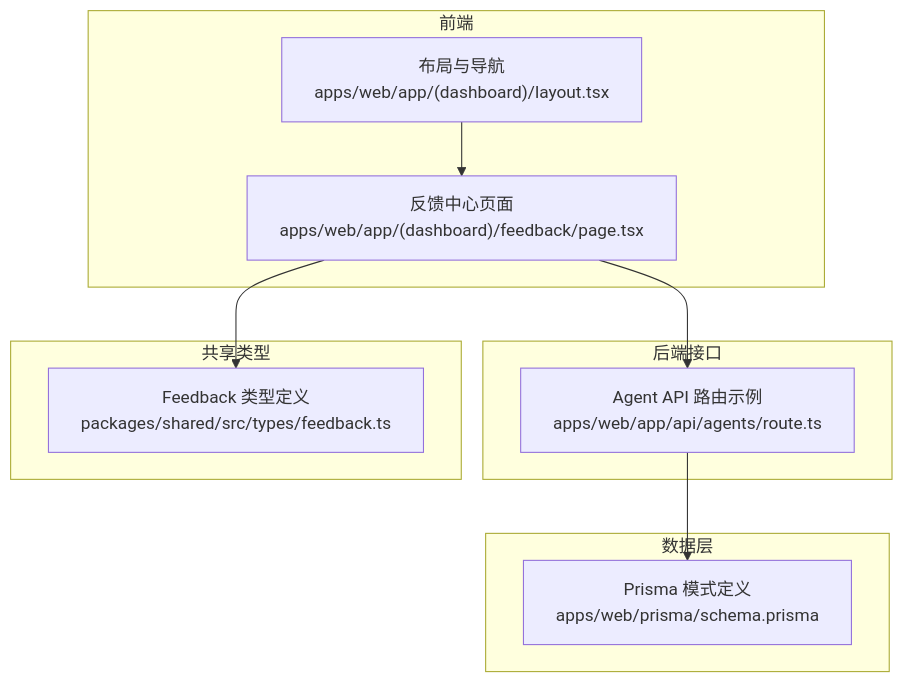
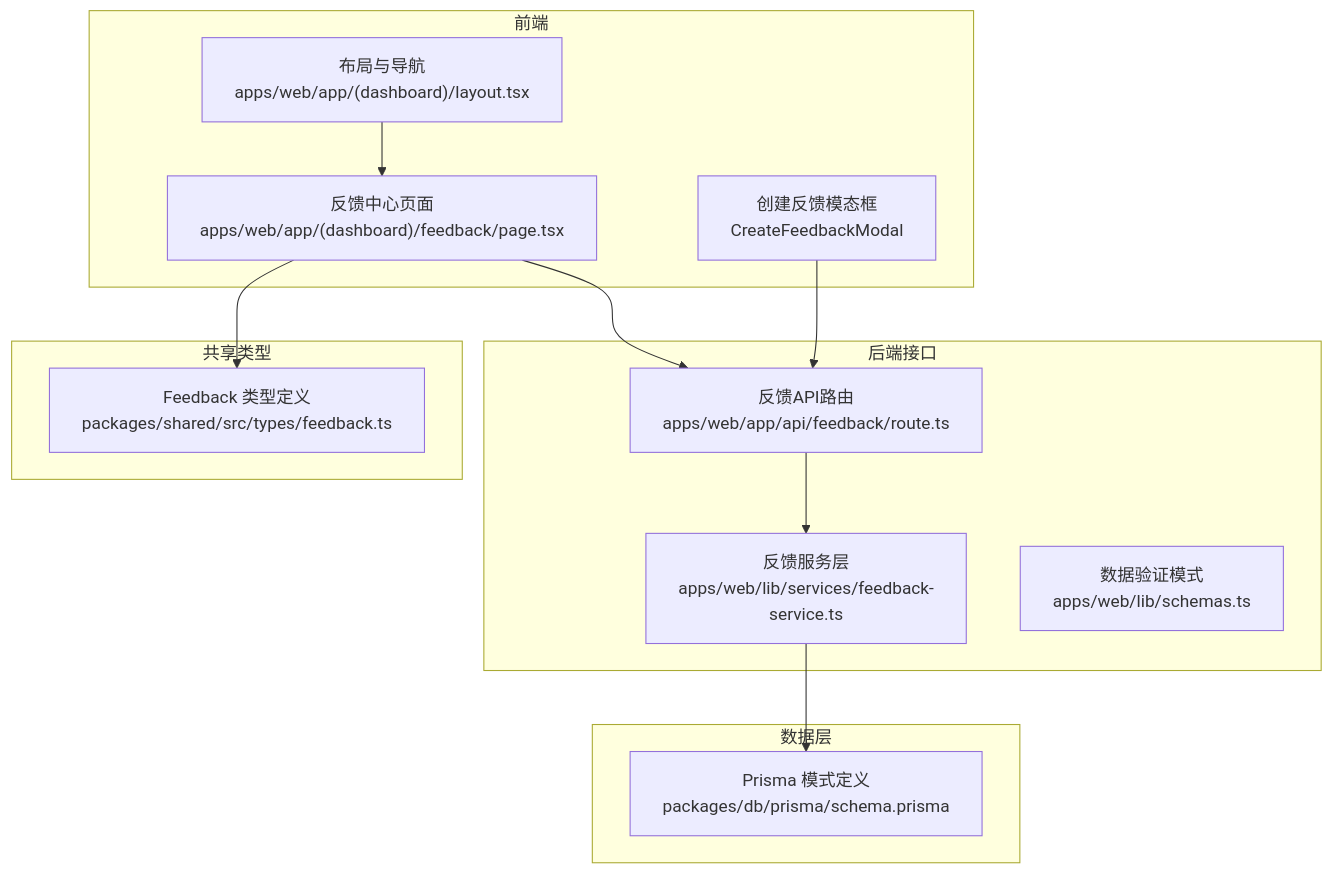
One commit to ai-guru-global/agent-up changed the first of 6 diagrams in .qoder/repowiki/zh/content/功能模块/反馈中心.md. Above: the diagram before and after it, drawn with Mermaid. The commit also changed other lines of this file and 57 other files, not shown here.

````diff
--- a/.qoder/repowiki/zh/content/功能模块/反馈中心.md
+++ b/.qoder/repowiki/zh/content/功能模块/反馈中心.md
@@ -40,20 +53,25 @@
 ```mermaid
 graph TB
 subgraph "前端"
 L["布局与导航<br/>apps/web/app/(dashboard)/layout.tsx"]
 F["反馈中心页面<br/>apps/web/app/(dashboard)/feedback/page.tsx"]
+M["创建反馈模态框<br/>CreateFeedbackModal"]
 end
 subgraph "后端接口"
-A["Agent API 路由示例<br/>apps/web/app/api/agents/route.ts"]
+API["反馈API路由<br/>apps/web/app/api/feedback/route.ts"]
+SVC["反馈服务层<br/>apps/web/lib/services/feedback-service.ts"]
+SCH["数据验证模式<br/>apps/web/lib/schemas.ts"]
 end
 subgraph "数据层"
-S["Prisma 模式定义<br/>apps/web/prisma/schema.prisma"]
+DB["Prisma 模式定义<br/>packages/db/prisma/schema.prisma"]
 end
 subgraph "共享类型"
 T["Feedback 类型定义<br/>packages/shared/src/types/feedback.ts"]
 end
 L --> F
-F --> A
-A --> S
+F --> API
+API --> SVC
+SVC --> DB
 F --> T
+M --> API
 ```
````
